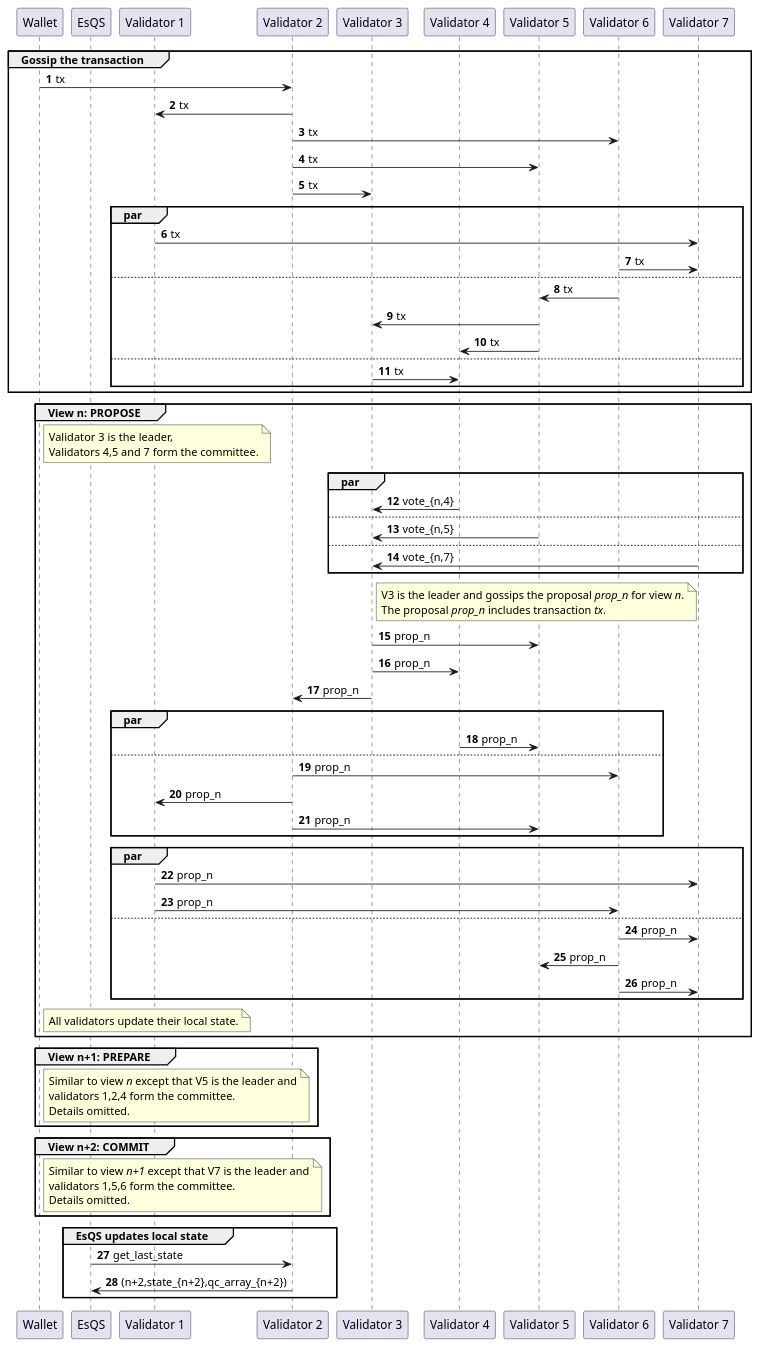
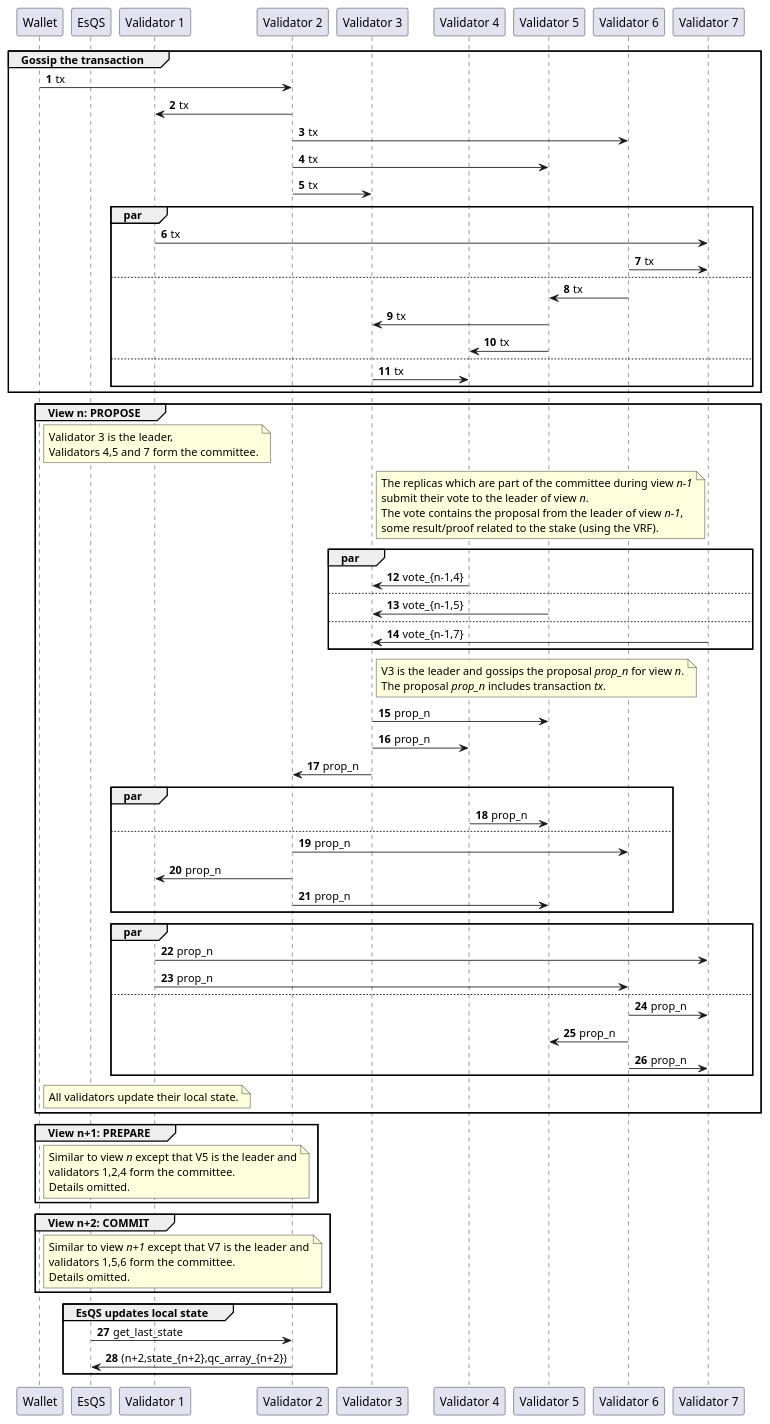
One commit to EspressoSystems/espresso changed the diagram in doc/architecture/submit_tx_seq_diagram.puml. Above: the diagram before and after it, drawn with PlantUML.

```diff
--- a/doc/architecture/submit_tx_seq_diagram.puml
+++ b/doc/architecture/submit_tx_seq_diagram.puml
@@ -1,111 +1,119 @@
 @startuml
 autonumber
 
 participant Wallet as W
 participant EsQS
 participant "Validator 1" as V1
 participant "Validator 2" as V2
 participant "Validator 3" as V3
 participant "Validator 4" as V4
 participant "Validator 5" as V5
 participant "Validator 6" as V6
 participant "Validator 7" as V7
 
 group Gossip the transaction
 
 W -> V2: tx
 V2 -> V1: tx
 V2 -> V6: tx
 V2 -> V5: tx
 V2 -> V3: tx
 
 par
 V1 -> V7: tx
 V6 -> V7: tx
 else
 V6 -> V5: tx
 V5 -> V3: tx
 V5 -> V4: tx
 else
 V3 -> V4: tx
 end par
 
 end group
 
 group View n: PROPOSE
 
 note right W
 Validator 3 is the leader,
 Validators 4,5 and 7 form the committee.
 end note
 
+
+note right V3
+   The replicas which are part of the committee during view <i>n-1</i>
+   submit their vote to the leader of view <i>n</i>.
+   The vote contains the proposal from the leader of view <i>n-1</i>,
+   some result/proof related to the stake (using the VRF).
+end note
+
 par
-V4 -> V3: vote_{n,4}
+V4 -> V3: vote_{n-1,4}
 else
-V5 -> V3: vote_{n,5}
+V5 -> V3: vote_{n-1,5}
 else
-V7 -> V3: vote_{n,7}
+V7 -> V3: vote_{n-1,7}
 end par
 
 note right V3
    V3 is the leader and gossips the proposal <i>prop_n</i> for view <i>n</i>.
    The proposal <i>prop_n</i> includes transaction <i>tx</i>.
 end note
 
 V3 -> V5: prop_n
 V3 -> V4: prop_n
 V3 -> V2: prop_n
 
 par
 V4 -> V5: prop_n
 else
 V2 -> V6: prop_n
 V2 -> V1: prop_n
 V2 -> V5: prop_n
 end par
 
 par
 V1 -> V7: prop_n
 V1 -> V6: prop_n
 else
 V6 -> V7: prop_n
 V6 -> V5: prop_n
 V6 -> V7: prop_n
 end par
 
 note right W
    All validators update their local state.
 end note
 
 end group
 
 group View n+1: PREPARE
 
 note right W
    Similar to view <i>n</i> except that V5 is the leader and
    validators 1,2,4 form the committee.
    Details omitted.
 end note
 
 
 end group
 
 group View n+2: COMMIT
 
 note right W
    Similar to view <i>n+1</i> except that V7 is the leader and
    validators 1,5,6 form the committee.
    Details omitted.
 end note
 
 end group
 
 group EsQS updates local state
 
 EsQS -> V2: get_last_state
 V2 -> EsQS: (n+2,state_{n+2},qc_array_{n+2})
 
 end group
 
 
 @enduml
```
